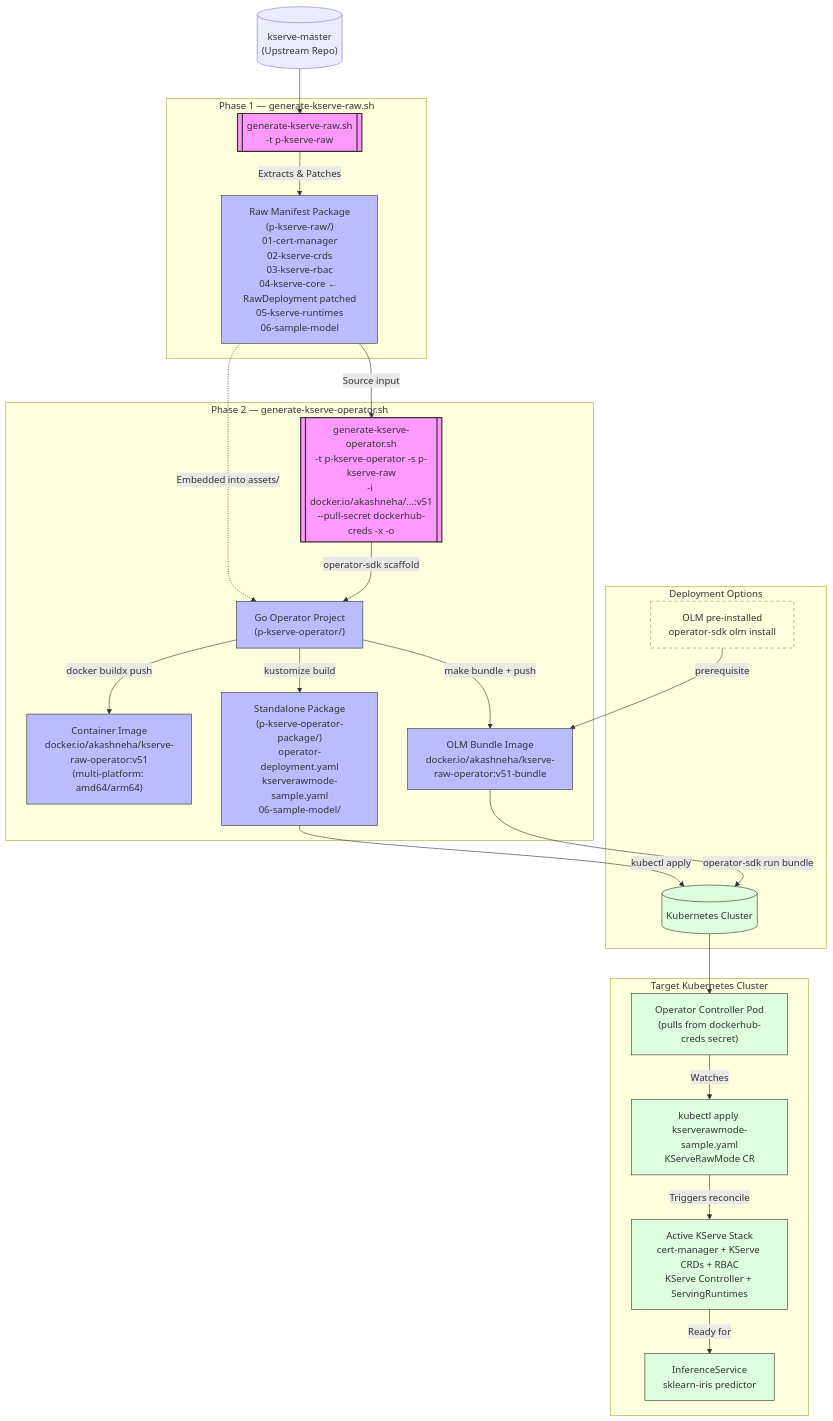
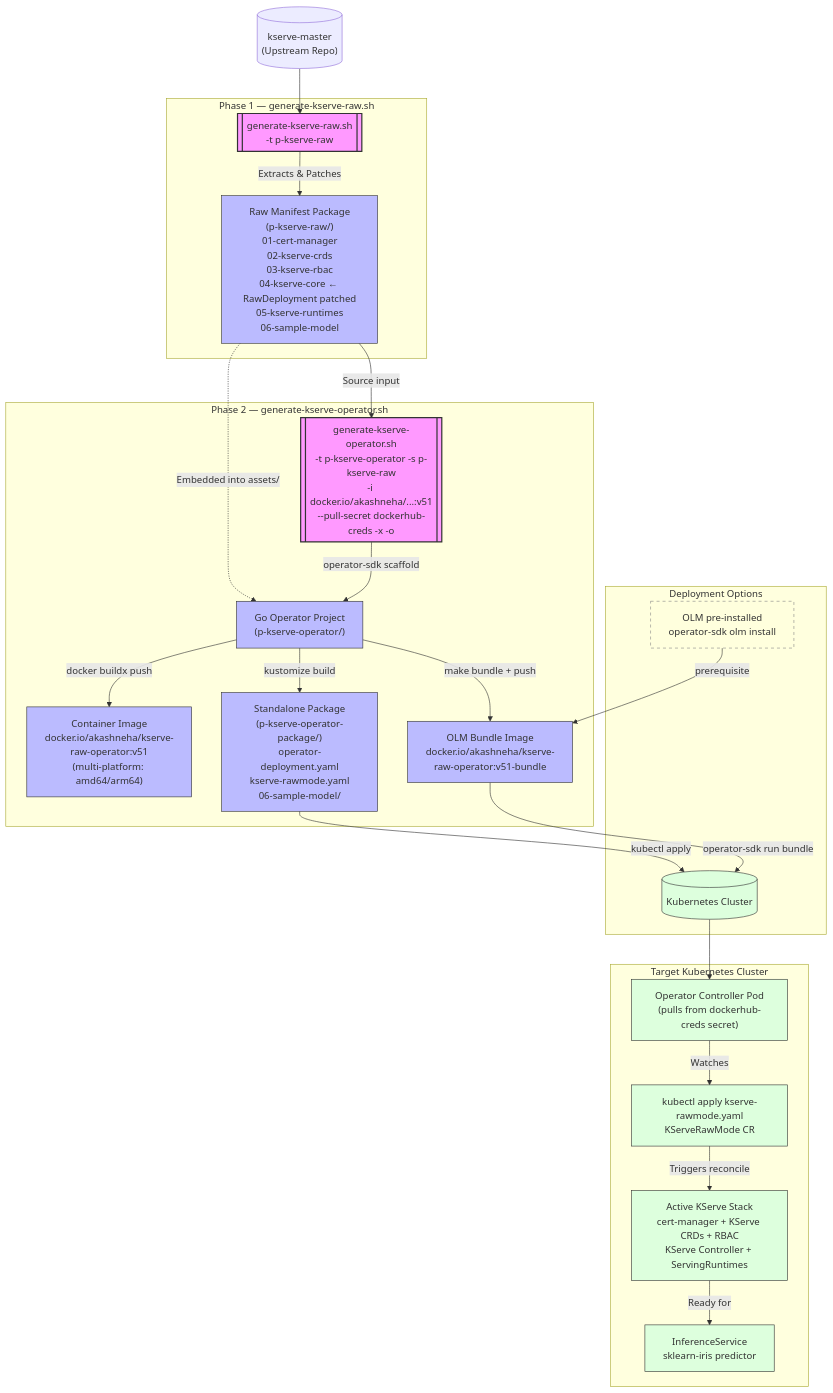
One commit to skyakash/kserve-op changed the first of 2 diagrams in architecture-diagram.md. Above: the diagram before and after it, drawn with Mermaid. The commit also changed other lines of this file and 9 other files, not shown here.

First line of the commit message:
feat: auto-init CR on startup + rename to kserve-rawmode + fix OLM deploy docs

````diff
--- a/architecture-diagram.md
+++ b/architecture-diagram.md
@@ -7,51 +7,51 @@
 ```mermaid
 flowchart TD
     classDef script fill:#f9f,stroke:#333,stroke-width:2px;
     classDef package fill:#bbf,stroke:#333,stroke-width:1px;
     classDef k8s fill:#dfd,stroke:#333,stroke-width:1px;
     classDef prereq fill:#ffd,stroke:#888,stroke-width:1px,stroke-dasharray:5;
 
     Source[("kserve-master\n(Upstream Repo)")] --> ExtractScript
 
     subgraph Phase1["Phase 1 — generate-kserve-raw.sh"]
         ExtractScript[["generate-kserve-raw.sh\n-t p-kserve-raw"]]:::script
         RawPkg["Raw Manifest Package\n(p-kserve-raw/)\n01-cert-manager\n02-kserve-crds\n03-kserve-rbac\n04-kserve-core ← RawDeployment patched\n05-kserve-runtimes\n06-sample-model"]:::package
         ExtractScript -->|Extracts & Patches| RawPkg
     end
 
     RawPkg -->|Source input| OperScript
 
     subgraph Phase2["Phase 2 — generate-kserve-operator.sh"]
         OperScript[["generate-kserve-operator.sh\n-t p-kserve-operator -s p-kserve-raw\n-i docker.io/akashneha/...:v51\n--pull-secret dockerhub-creds -x -o"]]:::script
         OperProj["Go Operator Project\n(p-kserve-operator/)"]:::package
         DockerImg["Container Image\ndocker.io/akashneha/kserve-raw-operator:v51\n(multi-platform: amd64/arm64)"]:::package
-        StandalonePkg["Standalone Package\n(p-kserve-operator-package/)\noperator-deployment.yaml\nkserverawmode-sample.yaml\n06-sample-model/"]:::package
+        StandalonePkg["Standalone Package\n(p-kserve-operator-package/)\noperator-deployment.yaml\nkserve-rawmode.yaml\n06-sample-model/"]:::package
         OLMPkg["OLM Bundle Image\ndocker.io/akashneha/kserve-raw-operator:v51-bundle"]:::package
 
         OperScript -->|operator-sdk scaffold| OperProj
         RawPkg -.->|Embedded into assets/| OperProj
         OperProj -->|docker buildx push| DockerImg
         OperProj -->|kustomize build| StandalonePkg
         OperProj -->|make bundle + push| OLMPkg
     end
 
     subgraph Deploy["Deployment Options"]
         OLM["OLM pre-installed\noperator-sdk olm install"]:::prereq
         OLM -->|prerequisite| OLMPkg
         OLMPkg -->|operator-sdk run bundle| K8sCluster
         StandalonePkg -->|kubectl apply| K8sCluster
     end
 
     subgraph K8s["Target Kubernetes Cluster"]
         K8sCluster[("Kubernetes Cluster")]:::k8s
         OperPod["Operator Controller Pod\n(pulls from dockerhub-creds secret)"]:::k8s
-        CR["kubectl apply kserverawmode-sample.yaml\nKServeRawMode CR"]:::k8s
+        CR["kubectl apply kserve-rawmode.yaml\nKServeRawMode CR"]:::k8s
         KServeStack["Active KServe Stack\ncert-manager + KServe CRDs + RBAC\nKServe Controller + ServingRuntimes"]:::k8s
         IFSvc["InferenceService\nsklearn-iris predictor"]:::k8s
 
         K8sCluster --> OperPod
         OperPod -->|Watches| CR
         CR -->|Triggers reconcile| KServeStack
         KServeStack -->|Ready for| IFSvc
     end
 ```
````
